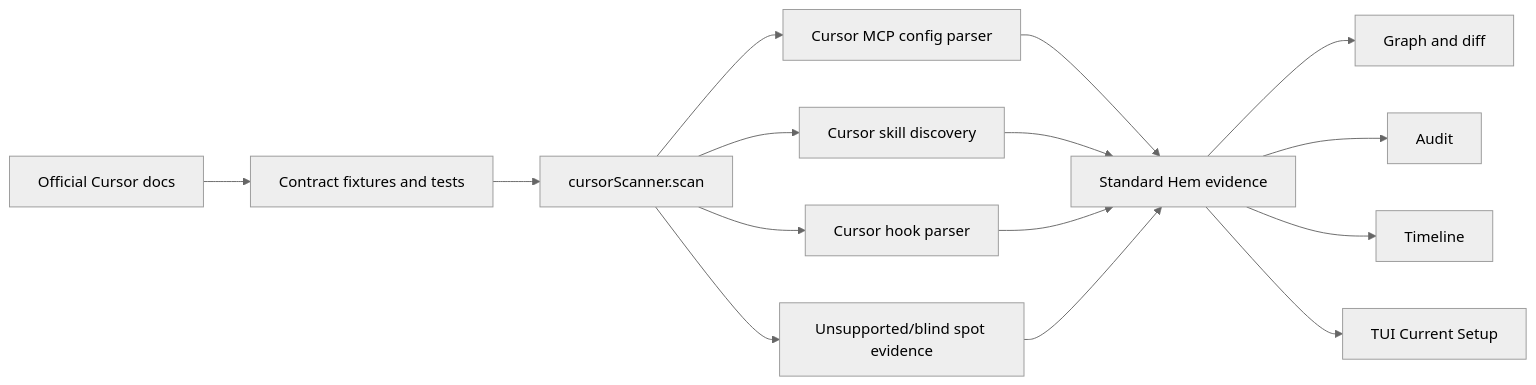
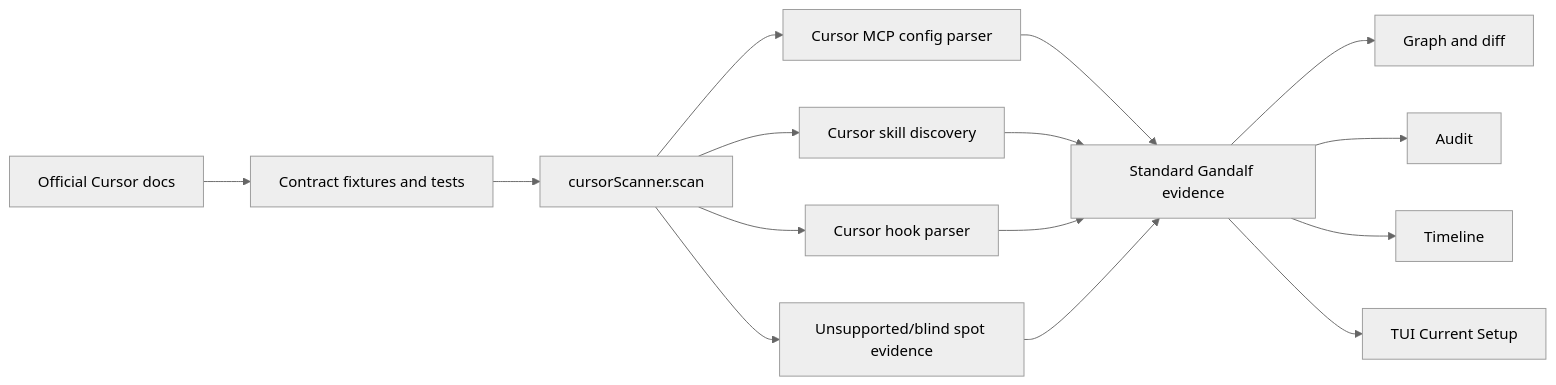
One commit to qyinm/gandalf changed the diagram in docs/plans/2026-06-08-003-refactor-cursor-scanner-docs-plan.md. Above: the diagram before and after it, drawn with Mermaid (neutral theme). The commit also changed other lines of this file and 338 other files, not shown here.

First line of the commit message:
refactor: rename Hem to Gandalf (#10)

````diff
--- a/docs/plans/2026-06-08-003-refactor-cursor-scanner-docs-plan.md
+++ b/docs/plans/2026-06-08-003-refactor-cursor-scanner-docs-plan.md
@@ -94,20 +94,20 @@
 ```mermaid
 flowchart LR
   Docs[Official Cursor docs] --> Fixtures[Contract fixtures and tests]
   Fixtures --> Scanner[cursorScanner.scan]
 
   Scanner --> Mcp[Cursor MCP config parser]
   Scanner --> Skills[Cursor skill discovery]
   Scanner --> Hooks[Cursor hook parser]
   Scanner --> BlindSpots[Unsupported/blind spot evidence]
 
-  Mcp --> Evidence[Standard Hem evidence]
+  Mcp --> Evidence[Standard Gandalf evidence]
   Skills --> Evidence
   Hooks --> Evidence
   BlindSpots --> Evidence
 
   Evidence --> Graph[Graph and diff]
   Evidence --> Audit[Audit]
   Evidence --> Timeline[Timeline]
   Evidence --> TUI[TUI Current Setup]
 ```
````
